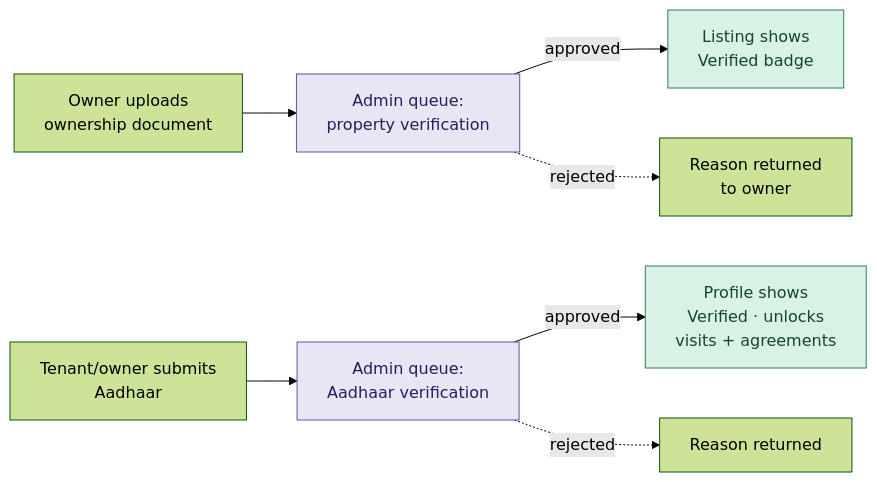
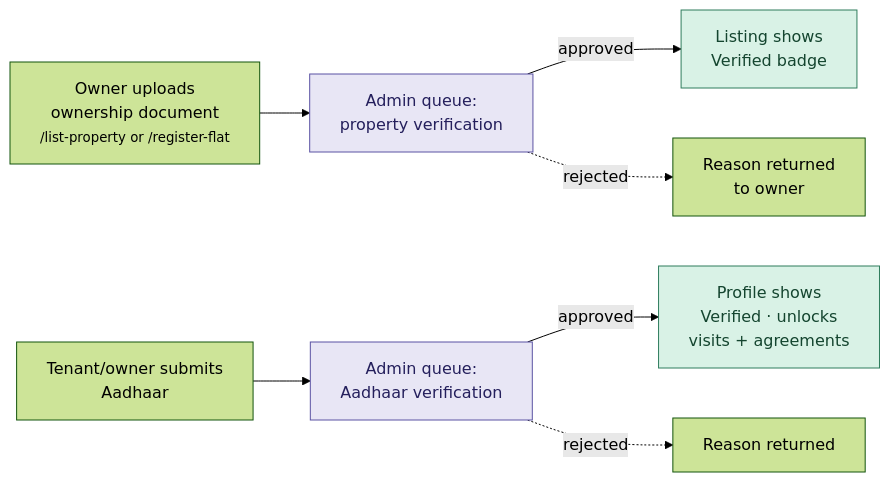
The second of 5 diagrams in WORKFLOWS.md (skcheguri/Bhavan), drawn with Mermaid (forest theme) before and after one commit. The commit also changed other lines of this file and 7 other files, not shown here.

````diff
--- a/WORKFLOWS.md
+++ b/WORKFLOWS.md
@@ -74,14 +74,14 @@
 ```mermaid
 flowchart LR
-  U["Owner uploads<br/>ownership document"] --> Q1["Admin queue:<br/>property verification"]
+  U["Owner uploads<br/>ownership document<br/><small>/list-property or /register-flat</small>"] --> Q1["Admin queue:<br/>property verification"]
   A["Tenant/owner submits<br/>Aadhaar"] --> Q2["Admin queue:<br/>Aadhaar verification"]
   Q1 -->|approved| V1["Listing shows<br/>Verified badge"]
   Q1 -.->|rejected| R1["Reason returned<br/>to owner"]
   Q2 -->|approved| V2["Profile shows<br/>Verified · unlocks<br/>visits + agreements"]
   Q2 -.->|rejected| R2["Reason returned"]
 
   classDef ok fill:#d9f2e6,stroke:#2f7d5d,color:#14452f
   classDef queue fill:#e8e6f5,stroke:#5b53a3,color:#241f5c
   class V1,V2 ok
   class Q1,Q2 queue
 ```
````
